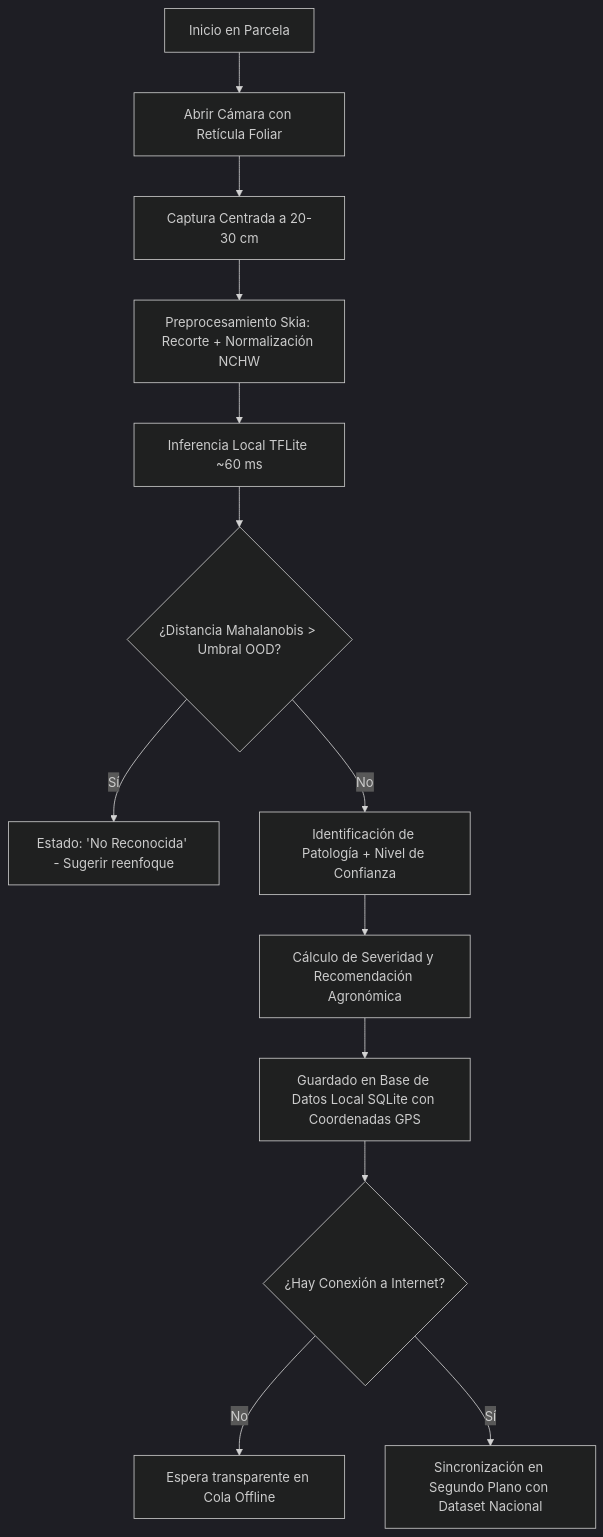
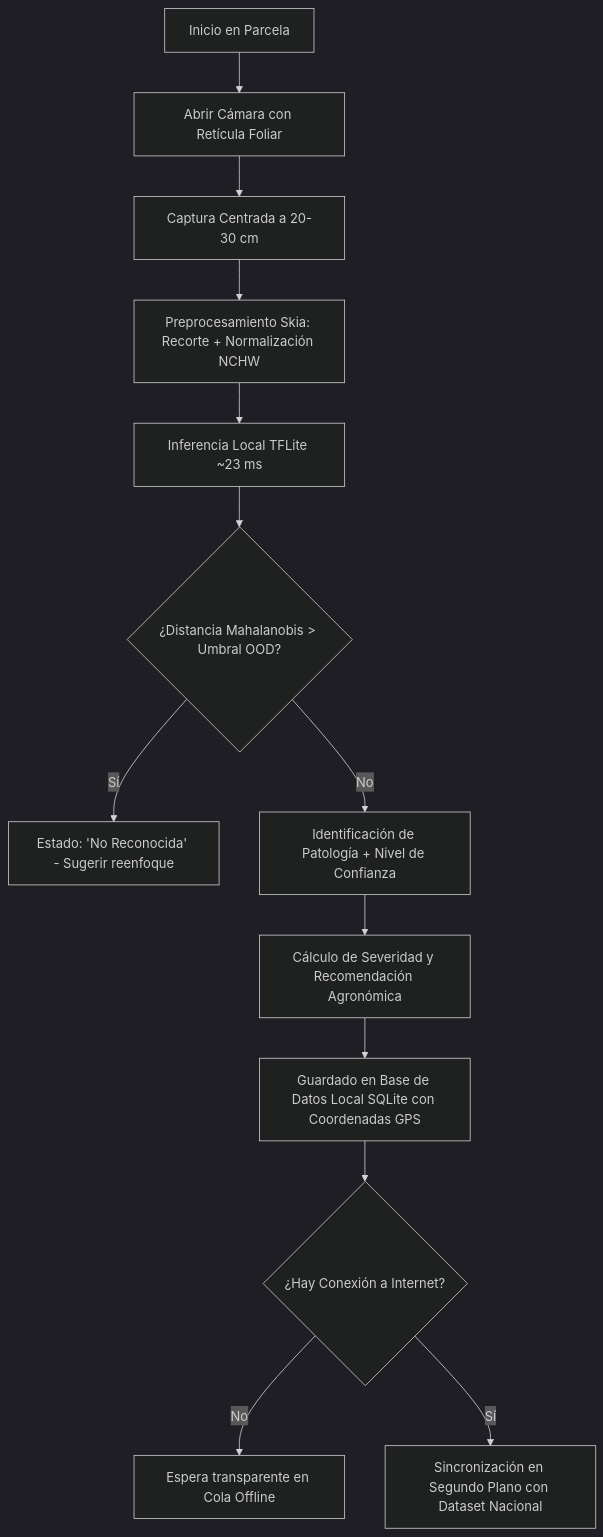
One commit to daiv05/maize-doctor-classifier changed the diagram in docs/es/app/index.md. Above: the diagram before and after it, drawn with Mermaid (dark theme). The commit also changed other lines of this file and 359 other files, not shown here.

````diff
--- a/docs/es/app/index.md
+++ b/docs/es/app/index.md
@@ -53,15 +44,15 @@
 ```mermaid
 flowchart TD
     A[Inicio en Parcela] --> B[Abrir Cámara con Retícula Foliar]
     B --> C[Captura Centrada a 20-30 cm]
     C --> D[Preprocesamiento Skia: Recorte + Normalización NCHW]
-    D --> E[Inferencia Local TFLite ~60 ms]
+    D --> E[Inferencia Local TFLite ~23 ms]
     E --> F{¿Distancia Mahalanobis > Umbral OOD?}
     F -- Sí --> G[Estado: 'No Reconocida' - Sugerir reenfoque]
     F -- No --> H[Identificación de Patología + Nivel de Confianza]
     H --> I[Cálculo de Severidad y Recomendación Agronómica]
     I --> J[Guardado en Base de Datos Local SQLite con Coordenadas GPS]
     J --> K{¿Hay Conexión a Internet?}
     K -- No --> L[Espera transparente en Cola Offline]
     K -- Sí --> M[Sincronización en Segundo Plano con Dataset Nacional]
 ```
````
